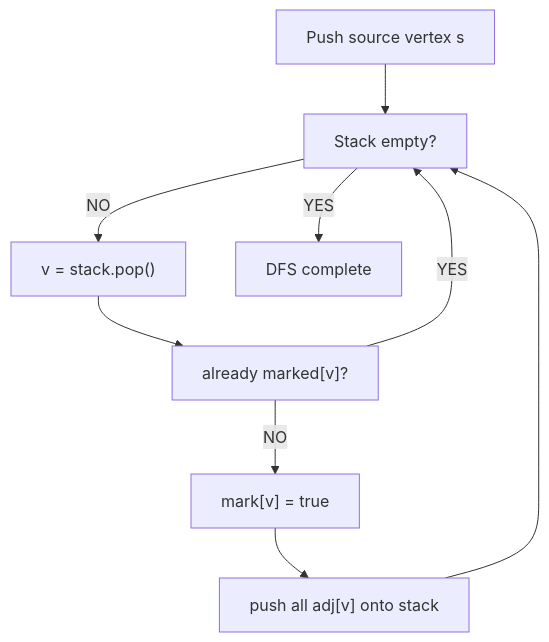
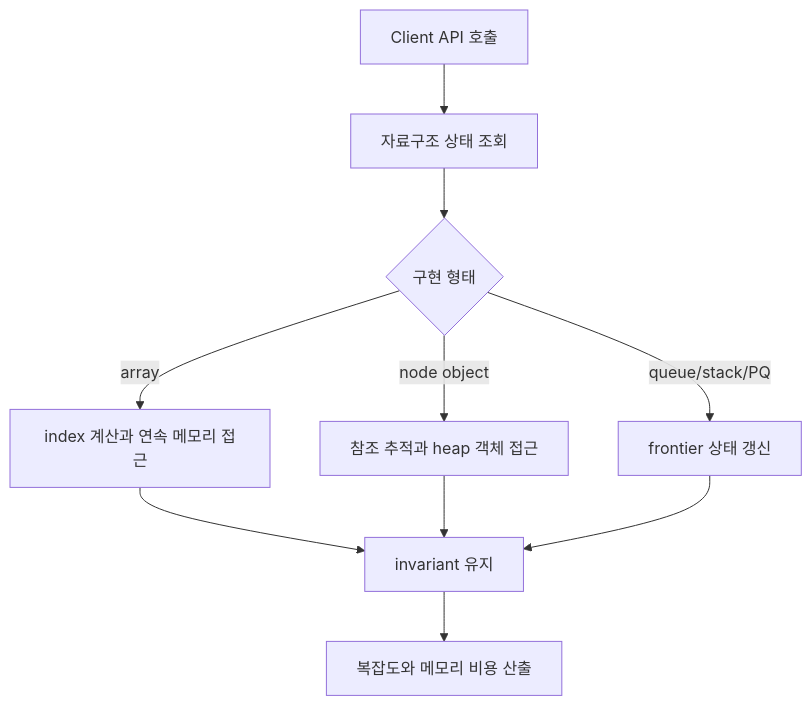
One commit to choisimo/document changed the first of 2 diagrams in content/docs/books/algorithms/sedgewick-algorithms-internals.md. Above: the diagram before and after it, drawn with Mermaid. The commit also changed other lines of this file and 432 other files, not shown here.

````diff
--- a/content/docs/books/algorithms/sedgewick-algorithms-internals.md
+++ b/content/docs/books/algorithms/sedgewick-algorithms-internals.md
@@ -363,11 +29,12 @@
 ```mermaid
 flowchart TD
-    A["Push source vertex s"] --> B["Stack empty?"]
-    B -->|NO| C["v = stack.pop()"]
-    C --> D["already marked[v]?"]
-    D -->|YES| B
-    D -->|NO| E["mark[v] = true"]
-    E --> F["push all adj[v] onto stack"]
-    F --> B
-    B -->|YES| G["DFS complete"]
+    A[Client API 호출] --> B[자료구조 상태 조회]
+    B --> C{구현 형태}
+    C -->|array| D[index 계산과 연속 메모리 접근]
+    C -->|node object| E[참조 추적과 heap 객체 접근]
+    C -->|queue/stack/PQ| F[frontier 상태 갱신]
+    D --> G[invariant 유지]
+    E --> G
+    F --> G
+    G --> H[복잡도와 메모리 비용 산출]
 ```
````
